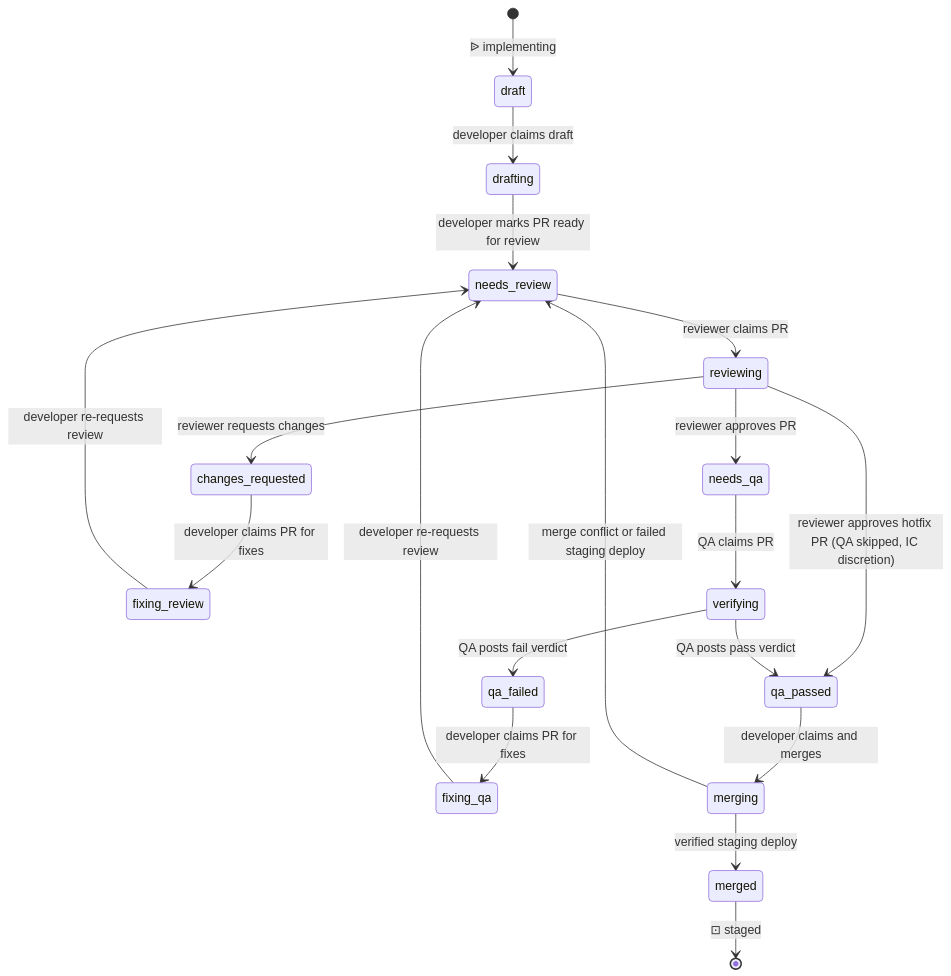
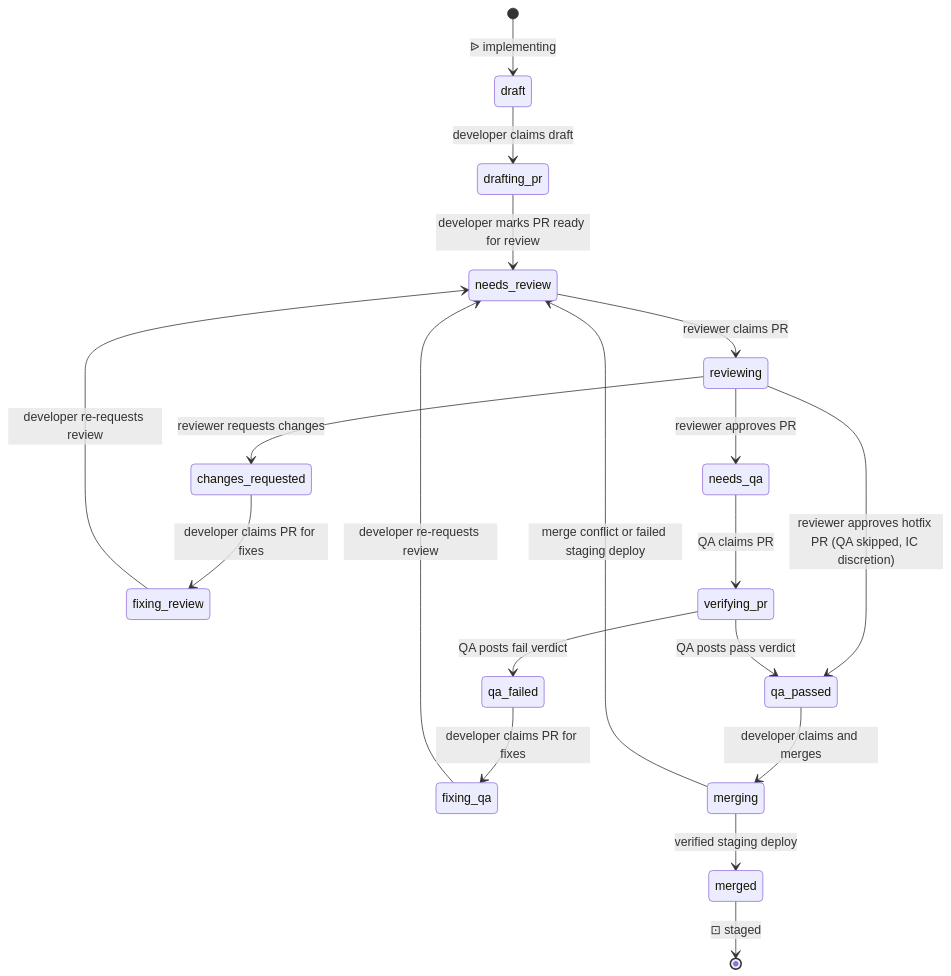
Before and after one commit to blemees/blemees-workflow: the diagram in examples/workflows/pr-states.mermaid, drawn with Mermaid. The commit also changed 11 other files, not shown here.

```diff
--- a/examples/workflows/pr-states.mermaid
+++ b/examples/workflows/pr-states.mermaid
@@ -1,20 +1,20 @@
 stateDiagram-v2
     direction TB
-    draft --> drafting: developer claims draft
-    drafting --> needs_review: developer marks PR ready for review
+    draft --> drafting_pr: developer claims draft
+    drafting_pr --> needs_review: developer marks PR ready for review
     needs_review --> reviewing: reviewer claims PR
     reviewing --> needs_qa: reviewer approves PR
     reviewing --> qa_passed: reviewer approves hotfix PR (QA skipped, IC discretion)
     reviewing --> changes_requested: reviewer requests changes
     changes_requested --> fixing_review: developer claims PR for fixes
     fixing_review --> needs_review: developer re-requests review
-    needs_qa --> verifying: QA claims PR
-    verifying --> qa_passed: QA posts pass verdict
-    verifying --> qa_failed: QA posts fail verdict
+    needs_qa --> verifying_pr: QA claims PR
+    verifying_pr --> qa_passed: QA posts pass verdict
+    verifying_pr --> qa_failed: QA posts fail verdict
     qa_failed --> fixing_qa: developer claims PR for fixes
     fixing_qa --> needs_review: developer re-requests review
     qa_passed --> merging: developer claims and merges
     merging --> merged: verified staging deploy
     merging --> needs_review: merge conflict or failed staging deploy
     merged --> [*]: ⊡ staged
     [*] --> draft: ᐉ implementing
```
